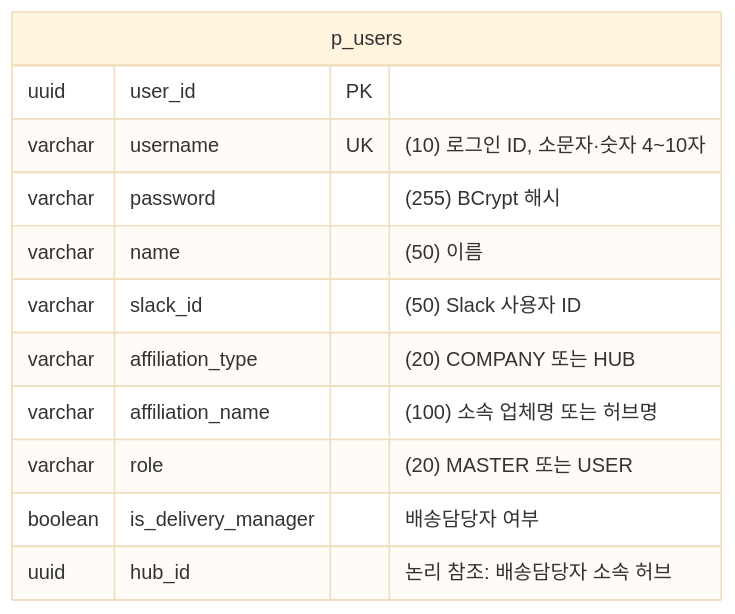
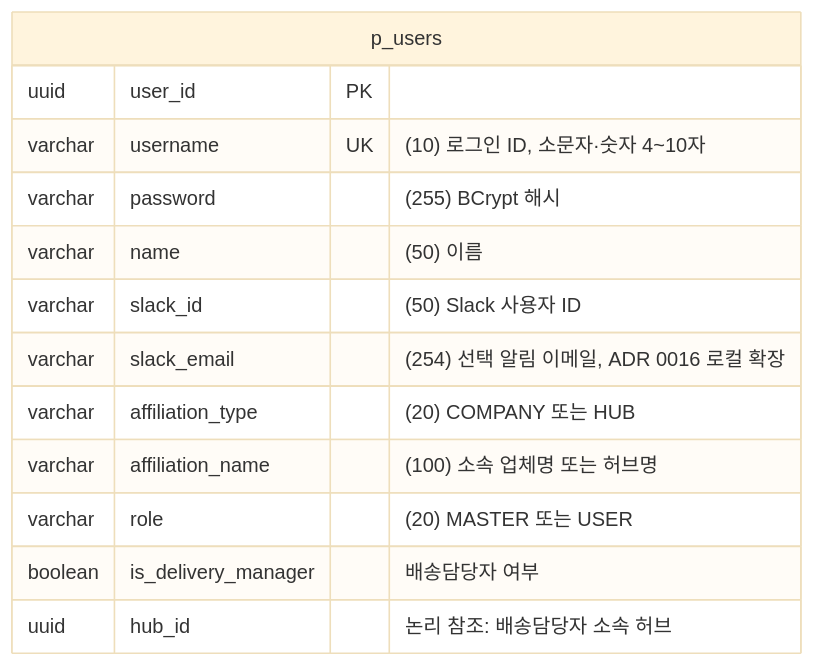
One commit to logistics-group3/logistics-management changed diagram 13 of 20 in docs/SA/sparta-logistics-sa.md. Above: the diagram before and after it, drawn with Mermaid (base theme). The commit also changed other lines of this file and 94 other files, not shown here.

Commit message:
feat(order): 이메일 가입과 배송담당자 Slack DM 구현

````diff
--- a/docs/SA/sparta-logistics-sa.md
+++ b/docs/SA/sparta-logistics-sa.md
@@ -473,15 +474,16 @@
 ```mermaid
 erDiagram
     p_users {
         uuid user_id PK
         varchar username UK "(10) 로그인 ID, 소문자·숫자 4~10자"
         varchar password "(255) BCrypt 해시"
         varchar name "(50) 이름"
         varchar slack_id "(50) Slack 사용자 ID"
+        varchar slack_email "(254) 선택 알림 이메일, ADR 0016 로컬 확장"
         varchar affiliation_type "(20) COMPANY 또는 HUB"
         varchar affiliation_name "(100) 소속 업체명 또는 허브명"
         varchar role "(20) MASTER 또는 USER"
         boolean is_delivery_manager "배송담당자 여부"
         uuid hub_id "논리 참조: 배송담당자 소속 허브"
     }
 ```
````
